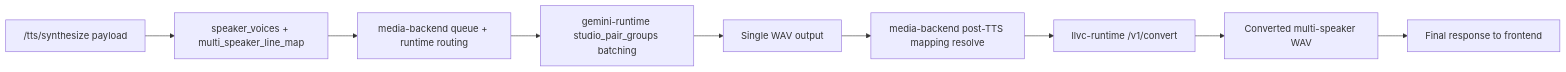
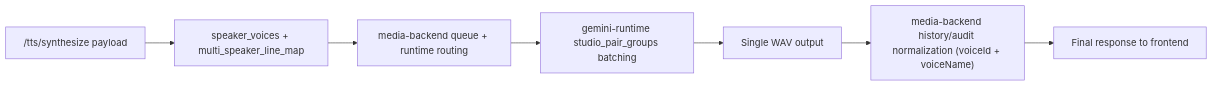
One commit to rease00/VOICE-FLOW-2.0 changed the second of 3 diagrams in docs/TTS_LLVC_MULTISPEAKER_FLOW.md. Above: the diagram before and after it, drawn with Mermaid. The commit also changed other lines of this file and 21 other files, not shown here.

````diff
--- a/docs/TTS_LLVC_MULTISPEAKER_FLOW.md
+++ b/docs/TTS_LLVC_MULTISPEAKER_FLOW.md
@@ -31,11 +27,9 @@
 ```mermaid
 flowchart LR
     A["/tts/synthesize payload"] --> B["speaker_voices + multi_speaker_line_map"]
     B --> C["media-backend queue + runtime routing"]
     C --> D["gemini-runtime studio_pair_groups batching"]
     D --> E["Single WAV output"]
-    E --> F["media-backend post-TTS mapping resolve"]
-    F --> G["llvc-runtime /v1/convert"]
-    G --> H["Converted multi-speaker WAV"]
-    H --> I["Final response to frontend"]
+    E --> F["media-backend history/audit normalization (voiceId + voiceName)"]
+    F --> G["Final response to frontend"]
 ```
````
